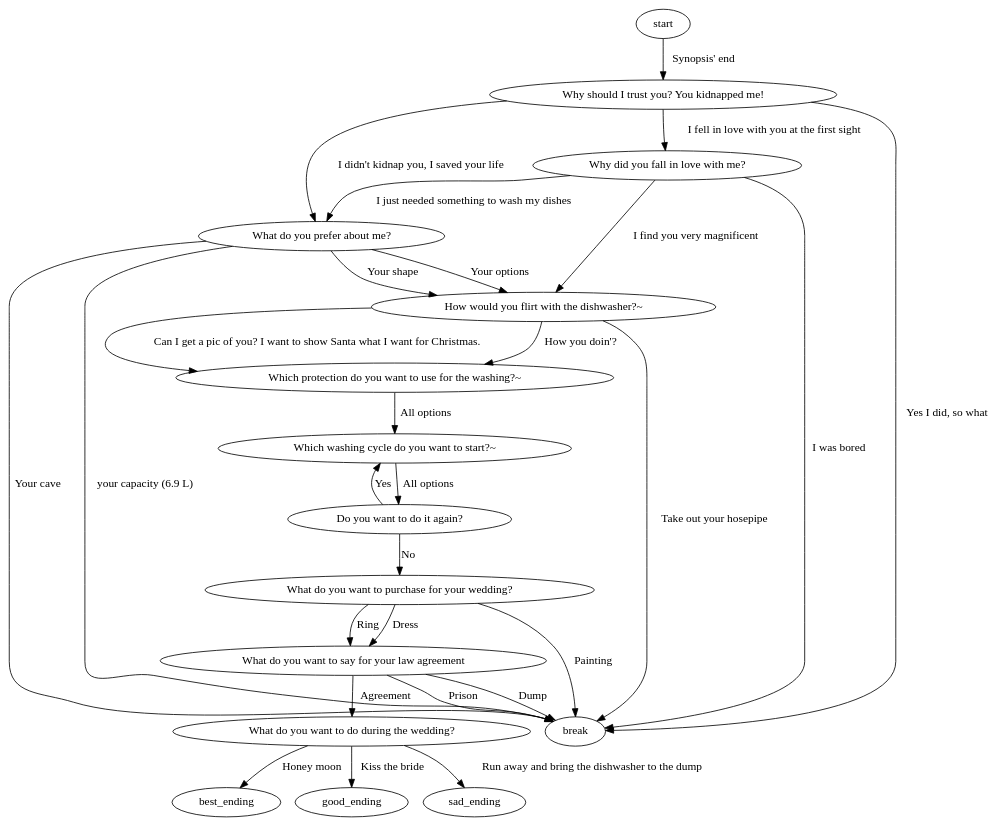
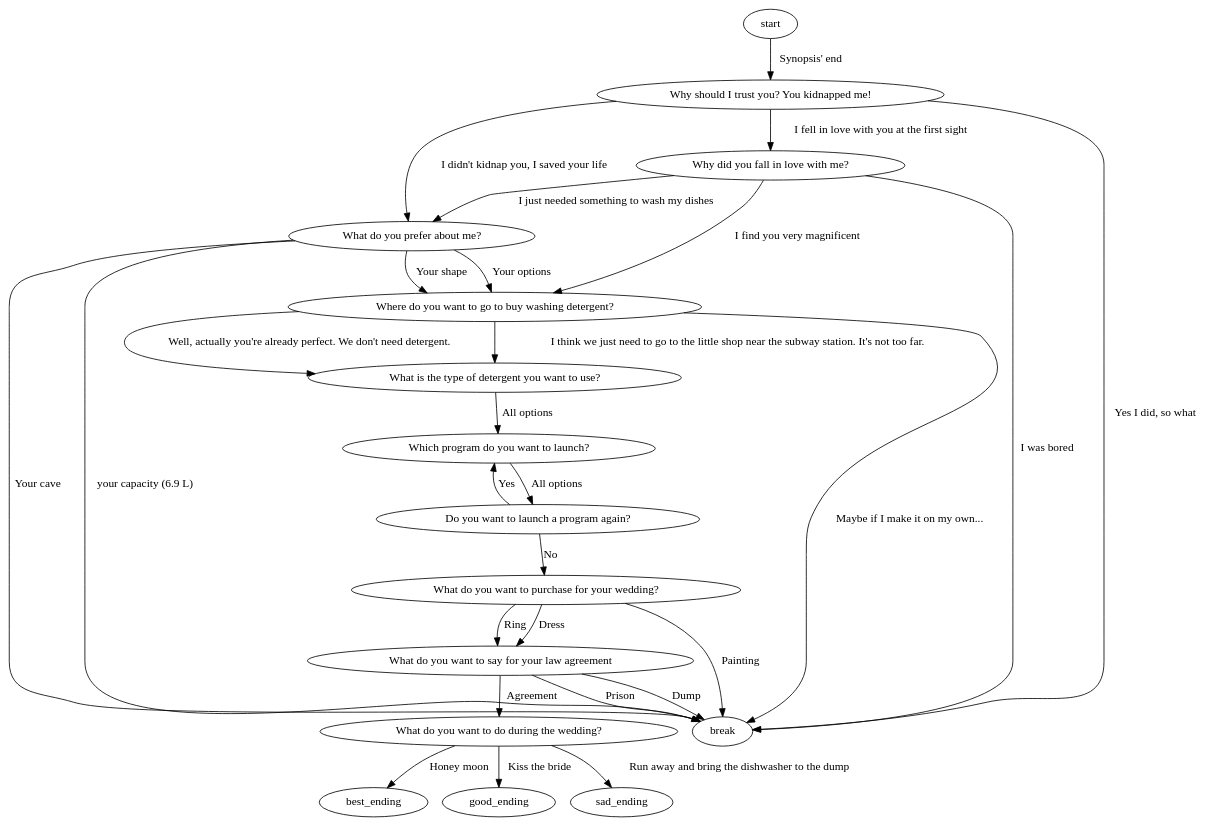
The diagram in synopsis/choices.dot (HiNett/CarbonWashing), drawn with Graphviz before and after one commit. The commit also changed 2 other files, not shown here.

Commit message:
Rewrote synopsis to make the story mre relevant (not complete yet)

```diff
--- a/synopsis/choices.dot
+++ b/synopsis/choices.dot
@@ -1,46 +1,46 @@
 // To preview, download this extension:
 // https://marketplace.visualstudio.com/items?itemName=tintinweb.graphviz-interactive-preview
 
 digraph carbonwashing {
     start
     Q1 [label="Why should I trust you? You kidnapped me!"]
     Q2 [label="Why did you fall in love with me?"]
     Q3 [label="What do you prefer about me?"]
-    Q4 [label="How would you flirt with the dishwasher?~"]
-    Q5 [label="Which protection do you want to use for the washing?~"]
-    Q6 [label="Which washing cycle do you want to start?~"]
-    Q7 [label="Do you want to do it again?"]
+    Q4 [label="Where do you want to go to buy washing detergent?"]
+    Q5 [label="What is the type of detergent you want to use?"]
+    Q6 [label="Which program do you want to launch?"]
+    Q7 [label="Do you want to launch a program again?"]
     Q8 [label="What do you want to purchase for your wedding?"]
     Q9 [label="What do you want to say for your law agreement"]
     Q10 [label="What do you want to do during the wedding?"]
     break
 
     start -> Q1 [label = "Synopsis' end"]
     Q1 -> Q2 [label="I fell in love with you at the first sight"]
     Q1 -> Q3 [label="I didn't kidnap you, I saved your life"]
     Q1 -> break [label="Yes I did, so what"]
     Q2 -> Q3 [label="I just needed something to wash my dishes"]
     Q2 -> Q4 [label="I find you very magnificent"]
     Q2 -> break [label="I was bored"]
     Q3 -> Q4 [label="Your options"]
     Q3 -> Q4 [label="Your shape"]
     Q3 -> break [label="Your cave"]
     Q3 -> break [label="your capacity (6.9 L)"]
-    Q4 -> Q5 [label="How you doin'?"]
-    Q4 -> Q5 [label="Can I get a pic of you? I want to show Santa what I want for Christmas."]
-    Q4 -> break [label="Take out your hosepipe"]
+    Q4 -> Q5 [label="I think we just need to go to the little shop near the subway station. It's not too far."]
+    Q4 -> Q5 [label="Well, actually you're already perfect. We don't need detergent."]
+    Q4 -> break [label="Maybe if I make it on my own..."]
     Q5 -> Q6 [label="All options"]
     Q6 -> Q7 [label="All options"]
     Q7 -> Q8 [label="No"]
     Q7 -> Q6 [label="Yes"]
     Q8 -> Q9 [label="Ring"]
     Q8 -> Q9 [label="Dress"]
     Q8 -> break [label="Painting"]
     Q9 -> Q10 [label="Agreement"]
     Q9 -> break [label="Dump"]
     Q9 -> break [label="Prison"]
     Q10 -> best_ending [label="Honey moon"]
     Q10 -> good_ending [label="Kiss the bride"]
     Q10 -> sad_ending [label="Run away and bring the dishwasher to the dump"]
 
 }
```
